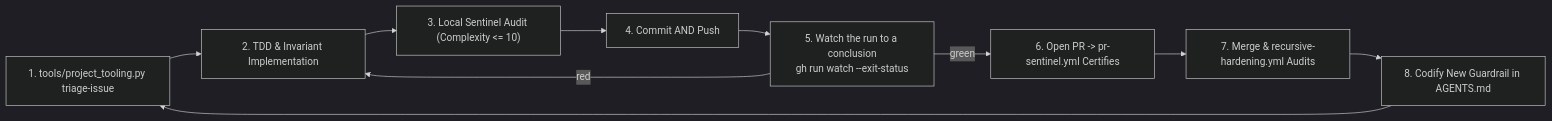
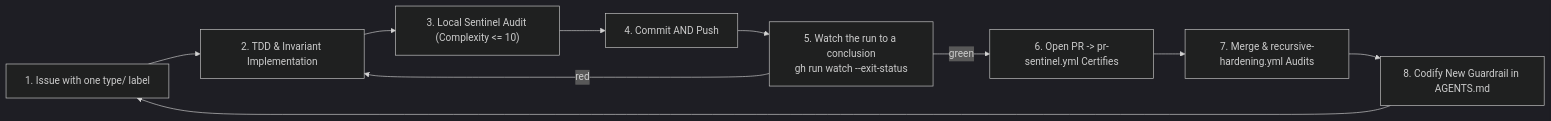
Before and after one commit to dan-petty/vibes: the diagram in AGENTS.md, drawn with Mermaid (dark theme). The commit also changed other lines of this file and 11 other files, not shown here.

First line of the commit message:
ci: Delete keyword triage and use type/ labels for audit (#242)

````diff
--- a/AGENTS.md
+++ b/AGENTS.md
@@ -206,12 +206,12 @@
 ```mermaid
 flowchart LR
-    Triage["1. tools/project_tooling.py triage-issue"] --> Dev["2. TDD & Invariant Implementation"]
+    Issue["1. Issue with one type/ label"] --> Dev["2. TDD & Invariant Implementation"]
     Dev --> LocalSentinel["3. Local Sentinel Audit (Complexity <= 10)"]
     LocalSentinel --> Push["4. Commit AND Push"]
     Push --> Watch["5. Watch the run to a conclusion<br/>gh run watch --exit-status"]
     Watch -->|"red"| Dev
     Watch -->|"green"| PR["6. Open PR -> pr-sentinel.yml Certifies"]
     PR --> Merge["7. Merge & recursive-hardening.yml Audits"]
     Merge --> Harden["8. Codify New Guardrail in AGENTS.md"]
-    Harden --> Triage
+    Harden --> Issue
 ```
````
